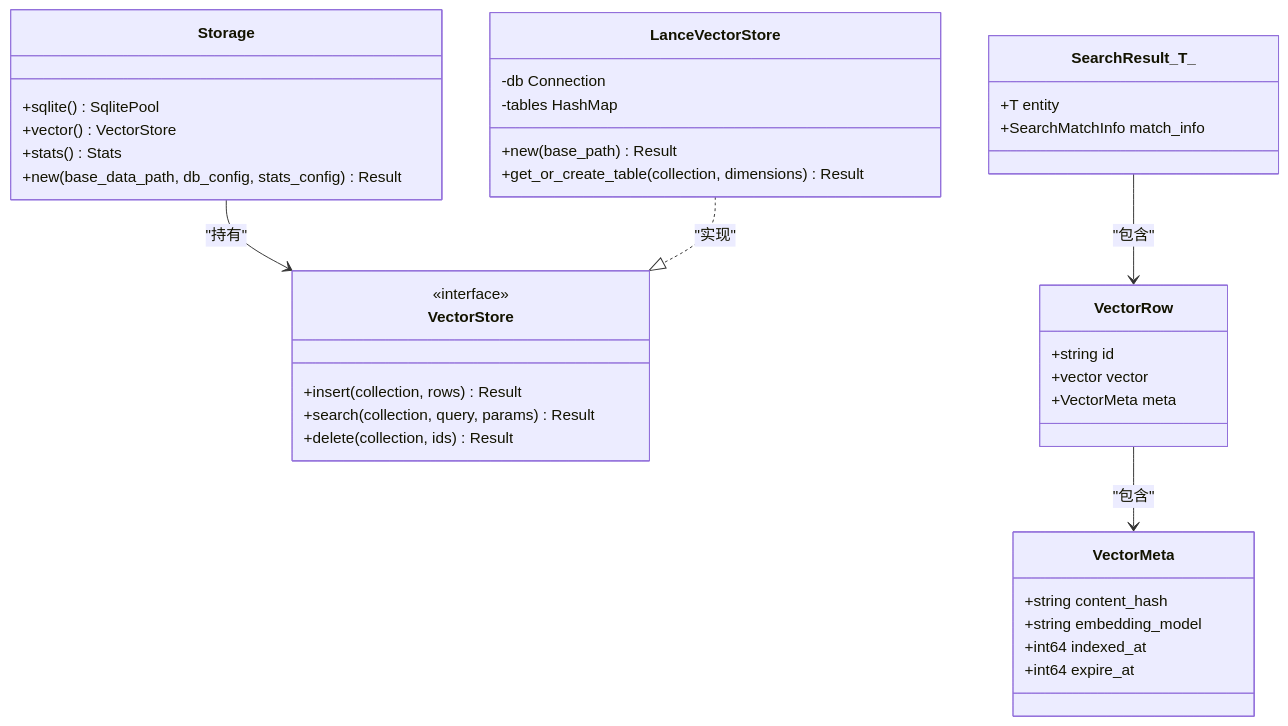
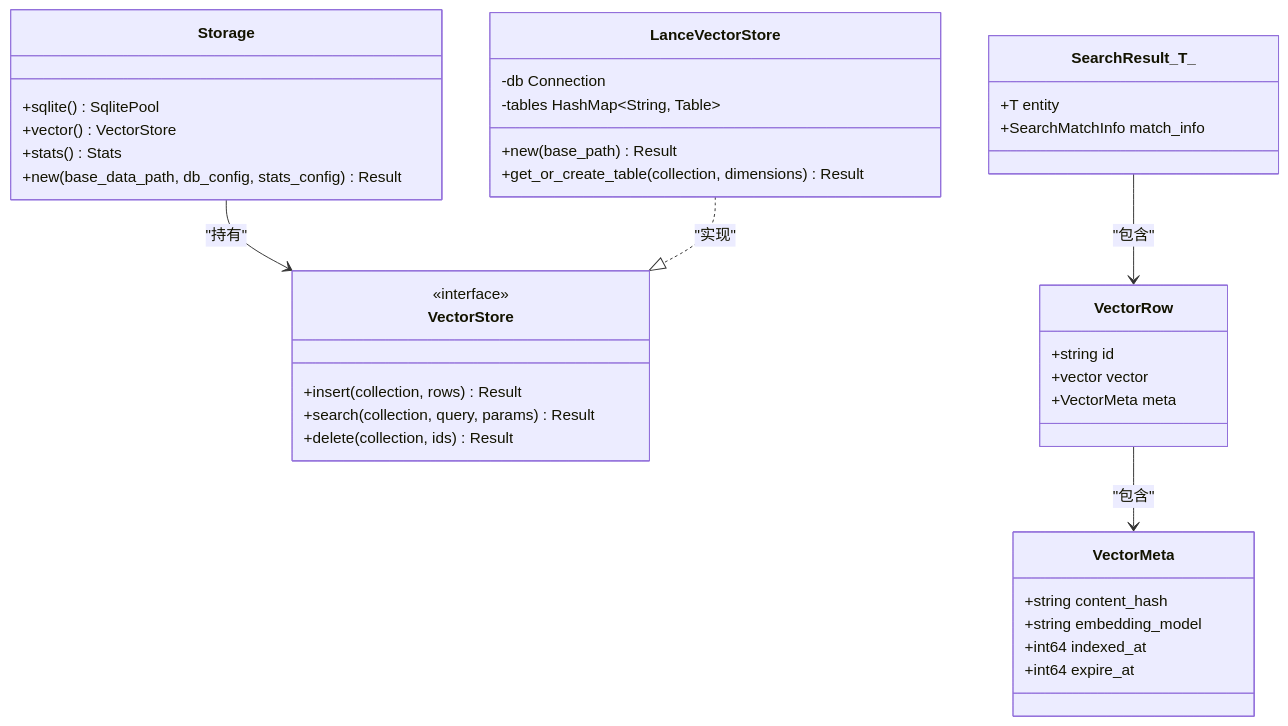
One commit to runningcoders/ai_orz changed the fifth of 9 diagrams in .qoder/repowiki/zh/content/架构设计/数据存储架构.md. Above: the diagram before and after it, drawn with Mermaid. The commit also changed other lines of this file and 9 other files, not shown here.

````diff
--- a/.qoder/repowiki/zh/content/架构设计/数据存储架构.md
+++ b/.qoder/repowiki/zh/content/架构设计/数据存储架构.md
@@ -334,40 +417,40 @@
 ```mermaid
 classDiagram
 class Storage {
 +sqlite() SqlitePool
 +vector() VectorStore
 +stats() Stats
 +new(base_data_path, db_config, stats_config) Result
 }
 class VectorStore {
 <<interface>>
 +insert(collection, rows) Result
 +search(collection, query, params) Result
 +delete(collection, ids) Result
 }
 class LanceVectorStore {
 -db Connection
--tables HashMap<String, Table>
+-tables HashMap~String, Table~
 +new(base_path) Result
 +get_or_create_table(collection, dimensions) Result
 }
 class VectorRow {
 +string id
 +vector vector
 +VectorMeta meta
 }
 class VectorMeta {
 +string content_hash
 +string embedding_model
 +int64 indexed_at
 +int64 expire_at
 }
 class SearchResult_T_ {
 +T entity
 +SearchMatchInfo match_info
 }
 Storage --> VectorStore : "持有"
 LanceVectorStore ..|> VectorStore : "实现"
 SearchResult_T_ --> VectorRow : "包含"
 VectorRow --> VectorMeta : "包含"
 ```
````
